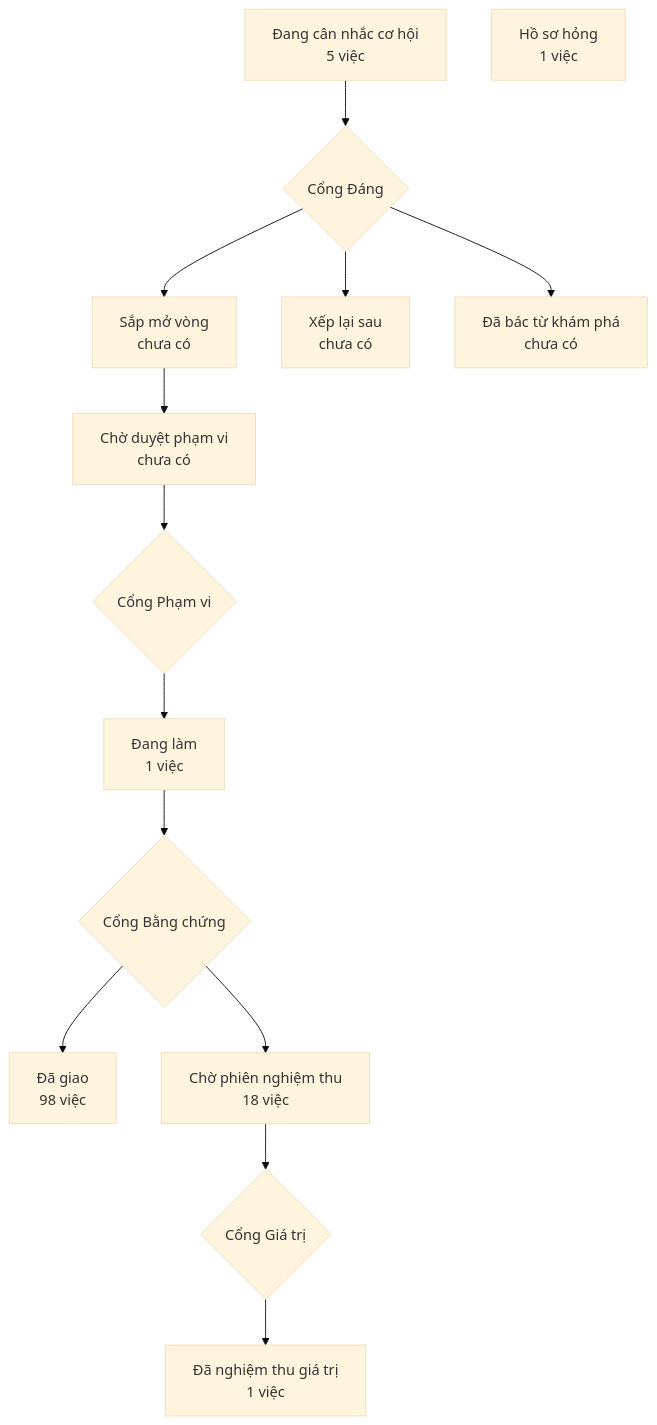
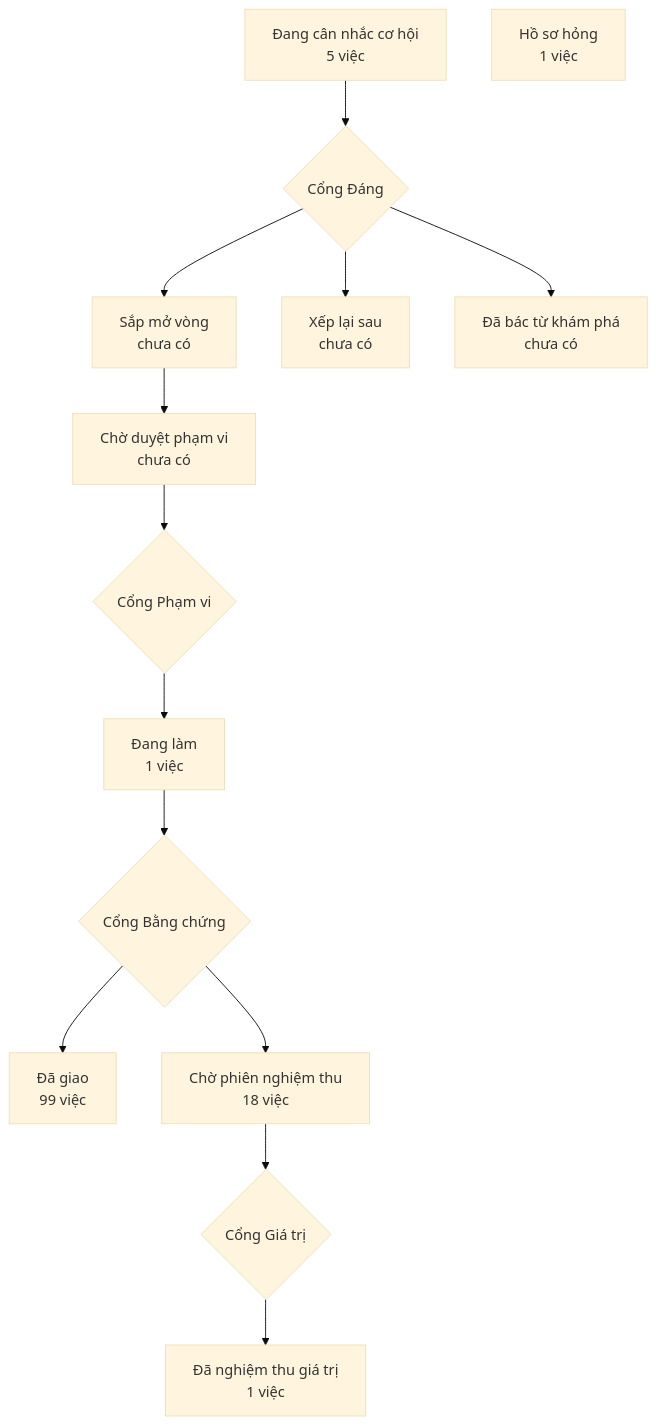
The diagram in PRODUCT-MAP.md (phanlemanh/crm-onehub), drawn with Mermaid (base theme) before and after one commit. The commit also changed 1 other file, not shown here.

Commit message:
docs(product-map): vẽ lại — onehub lệch sẵn (Đã giao 98 → 99); định dạng tệp dữ liệu lộ trình

````diff
--- a/PRODUCT-MAP.md
+++ b/PRODUCT-MAP.md
@@ -6,13 +6,13 @@
 ```mermaid
 flowchart TD
   A["Đang cân nhắc cơ hội<br/>5 việc"] --> GD{"Cổng Đáng"}
   GD --> B["Sắp mở vòng<br/>chưa có"]
   GD --> XL["Xếp lại sau<br/>chưa có"]
   GD --> DB["Đã bác từ khám phá<br/>chưa có"]
   B --> CD["Chờ duyệt phạm vi<br/>chưa có"] --> GP{"Cổng Phạm vi"}
   GP --> DL["Đang làm<br/>1 việc"] --> GB{"Cổng Bằng chứng"}
-  GB --> DG["Đã giao<br/>98 việc"]
+  GB --> DG["Đã giao<br/>99 việc"]
   GB --> CN["Chờ phiên nghiệm thu<br/>18 việc"] --> GG{"Cổng Giá trị"}
   GG --> NT["Đã nghiệm thu giá trị<br/>1 việc"]
   HS["Hồ sơ hỏng<br/>1 việc"]
 ```
````
